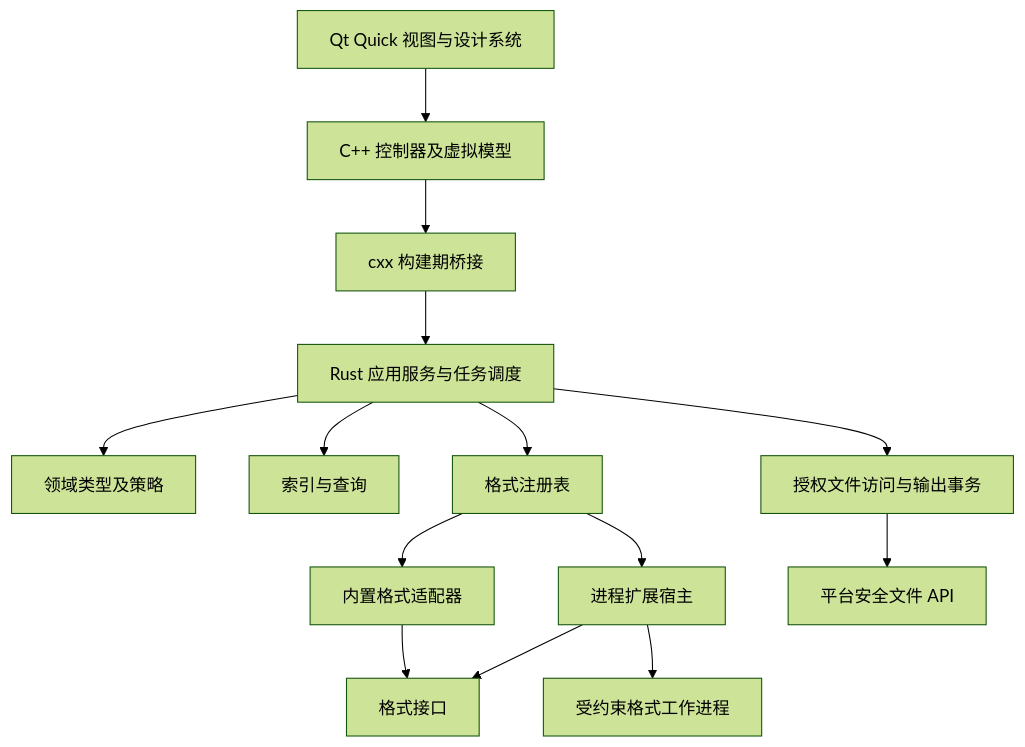
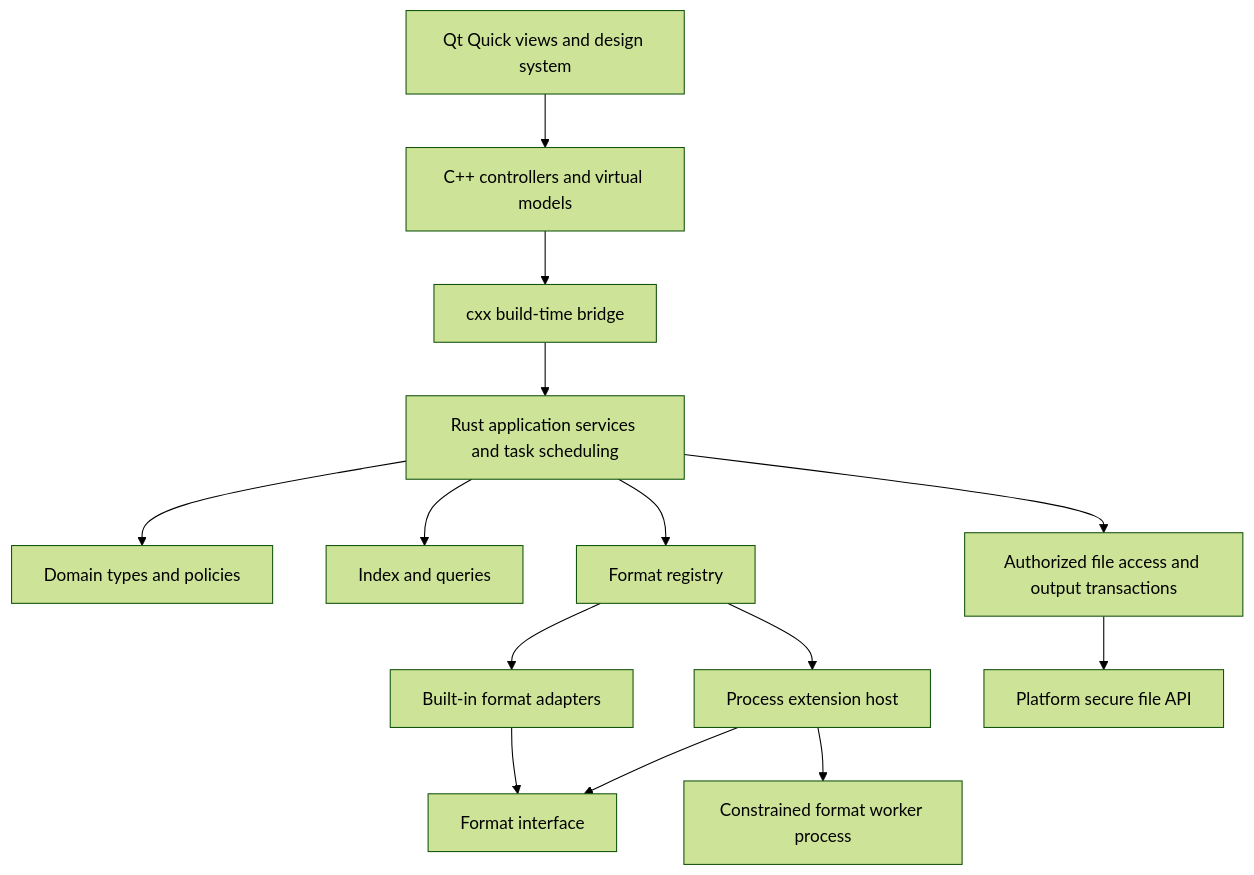
Before and after one commit to xiaodaozhi/xdzip: the diagram in docs/design/02-system-architecture.md, drawn with Mermaid (forest theme). The commit also changed other lines of this file and 201 other files, not shown here.

````diff
--- a/docs/design/02-system-architecture.md
+++ b/docs/design/02-system-architecture.md
@@ -9,16 +9,16 @@
 ```mermaid
 flowchart TB
-  QML[Qt Quick 视图与设计系统] --> QT[C++ 控制器及虚拟模型]
-  QT --> BR[cxx 构建期桥接]
-  BR --> APP[Rust 应用服务与任务调度]
-  APP --> DOM[领域类型及策略]
-  APP --> IDX[索引与查询]
-  APP --> SAFE[授权文件访问与输出事务]
-  APP --> REG[格式注册表]
-  REG --> CODEC[内置格式适配器]
-  REG --> PH[进程扩展宿主]
-  PH --> WP[受约束格式工作进程]
-  CODEC --> SDK[格式接口]
+  QML[Qt Quick views and design system] --> QT[C++ controllers and virtual models]
+  QT --> BR[cxx build-time bridge]
+  BR --> APP[Rust application services and task scheduling]
+  APP --> DOM[Domain types and policies]
+  APP --> IDX[Index and queries]
+  APP --> SAFE[Authorized file access and output transactions]
+  APP --> REG[Format registry]
+  REG --> CODEC[Built-in format adapters]
+  REG --> PH[Process extension host]
+  PH --> WP[Constrained format worker process]
+  CODEC --> SDK[Format interface]
   PH --> SDK
-  SAFE --> OS[平台安全文件 API]
+  SAFE --> OS[Platform secure file API]
 ```
````
